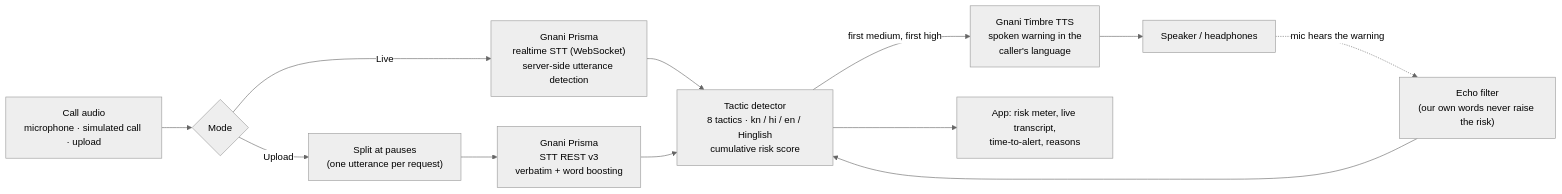
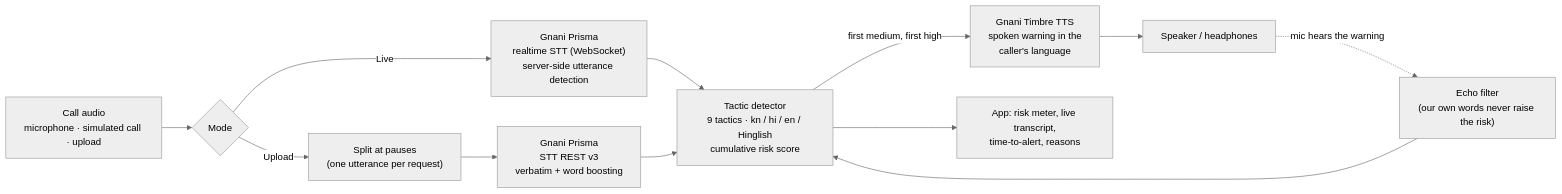
The diagram in README.md (Hrishvith/Scam-Sentinel), drawn with Mermaid (neutral theme) before and after one commit. The commit also changed other lines of this file and 7 other files, not shown here.

````diff
--- a/README.md
+++ b/README.md
@@ -42,14 +48,14 @@
 ```mermaid
 flowchart LR
     A["Call audio<br/>microphone · simulated call · upload"] --> B{"Mode"}
     B -- "Live" --> C["Gnani Prisma<br/>realtime STT (WebSocket)<br/>server-side utterance detection"]
     B -- "Upload" --> D["Split at pauses<br/>(one utterance per request)"]
     D --> E["Gnani Prisma<br/>STT REST v3<br/>verbatim + word boosting"]
-    C --> F["Tactic detector<br/>8 tactics · kn / hi / en / Hinglish<br/>cumulative risk score"]
+    C --> F["Tactic detector<br/>9 tactics · kn / hi / en / Hinglish<br/>cumulative risk score"]
     E --> F
     F -- "first medium, first high" --> G["Gnani Timbre TTS<br/>spoken warning in the<br/>caller's language"]
     F --> H["App: risk meter, live transcript,<br/>time-to-alert, reasons"]
     G --> I["Speaker / headphones"]
     I -. "mic hears the warning" .-> J["Echo filter<br/>(our own words never raise the risk)"]
     J --> F
 ```
````
